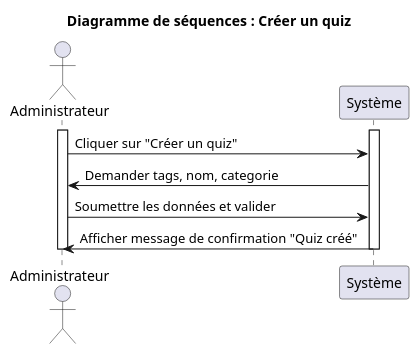
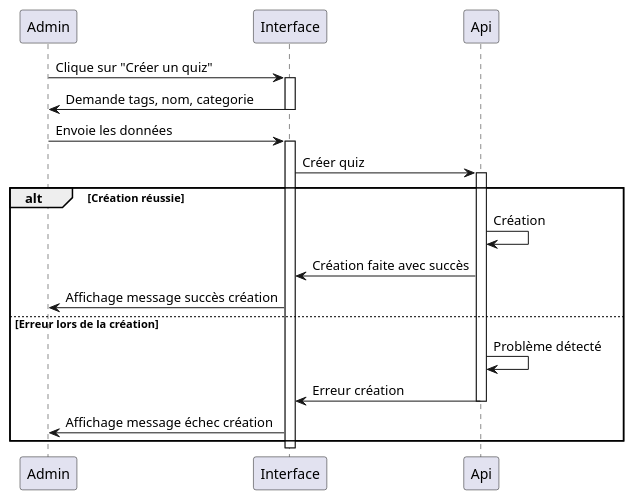
The diagram in Séquences/quiz_create/creer.puml (Qwizs/diagrammes), drawn with PlantUML before and after one commit. The commit also changed 2 other files, not shown here.

Commit message:
Suppression de l'ancien screen + ajout du diagramme

```diff
--- a/Séquences/quiz_create/creer.puml
+++ b/Séquences/quiz_create/creer.puml
@@ -1,19 +1,33 @@
-@startuml Séance
-title Diagramme de séquences : Créer un quiz
+@startuml Création quiz
+
+participant Admin
+participant Interface as front
+participant Api
+
+Admin -> front: Clique sur "Créer un quiz"
+
+activate front
+Admin <- front: Demande tags, nom, categorie
+deactivate front
+
+Admin -> front: Envoie les données
+activate front
+
+front -> Api: Créer quiz
+activate Api
+
+alt Création réussie
+    Api -> Api: Création
+    front <- Api: Création faite avec succès
+    Admin <- front: Affichage message succès création
+else Erreur lors de la création
+    Api -> Api: Problème détecté
+    front <- Api: Erreur création
+    deactivate Api
+    Admin <- front: Affichage message échec création
+
+end
+deactivate front
 
 
-actor Administrateur
-participant Système
-
-activate Administrateur
-activate Système
-Administrateur -> Système: Cliquer sur "Créer un quiz"
-
-
-Système -> Administrateur: Demander tags, nom, categorie
-Administrateur -> Système: Soumettre les données et valider
-Système -> Administrateur: Afficher message de confirmation "Quiz créé"
-
-deactivate Système
-deactivate Administrateur
 @enduml
```
